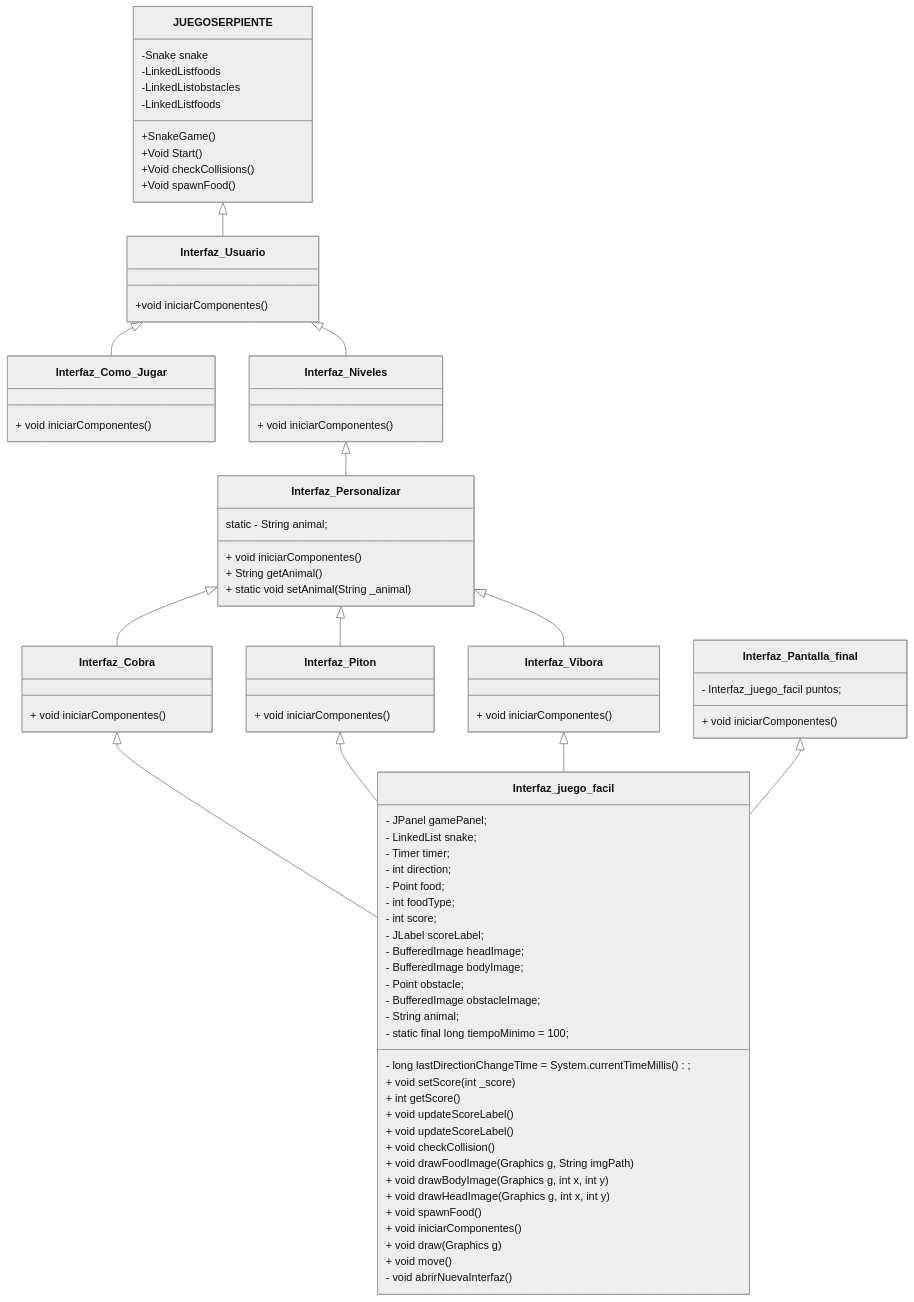
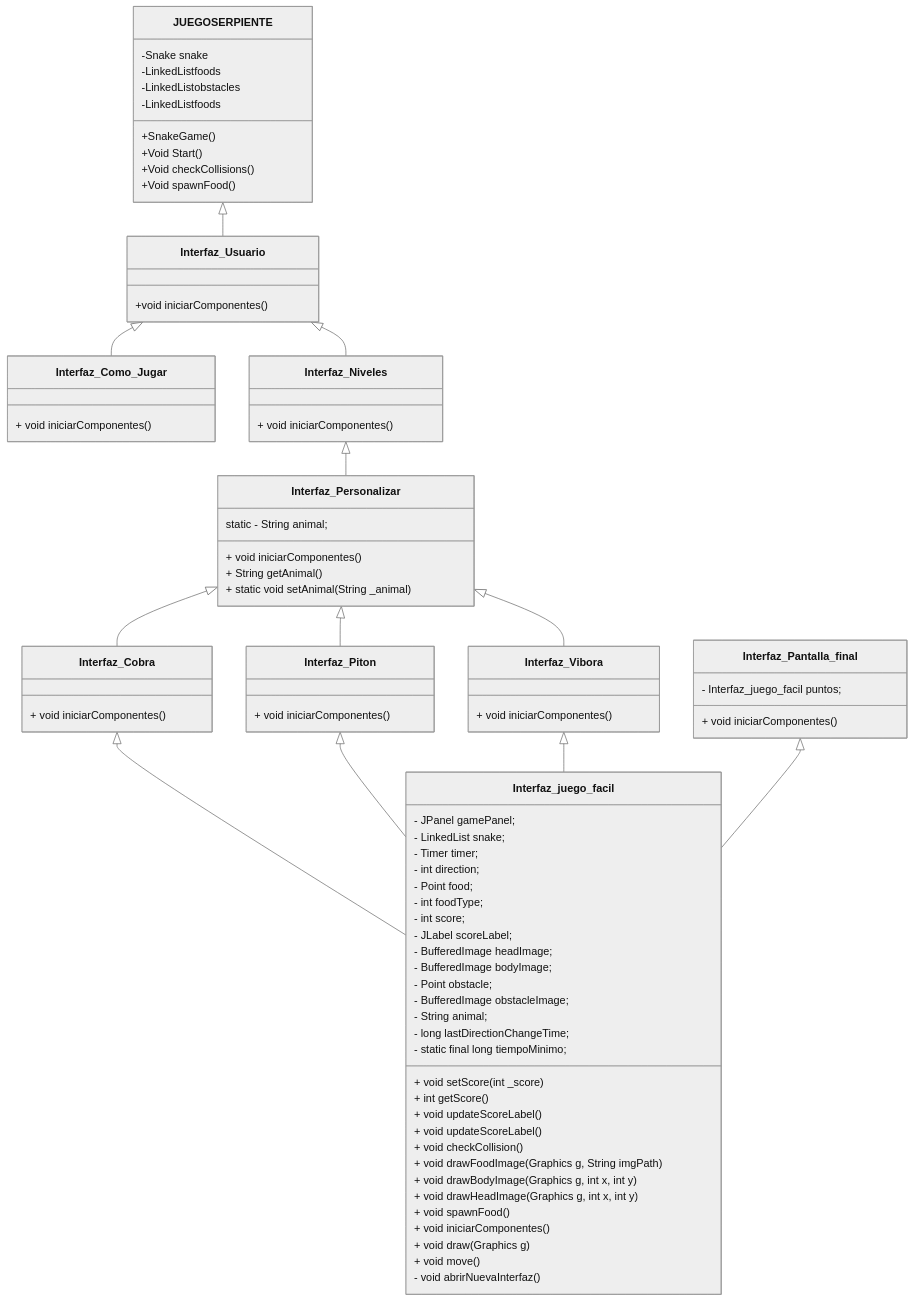
Before and after one commit to amingom/Juego-SnakeChallenge: the diagram in README.md, drawn with Mermaid (neutral theme).

```diff
--- a/README.md
+++ b/README.md
@@ -76,8 +76,8 @@
 	- Point obstacle;
 	- BufferedImage obstacleImage;
 	- String animal;
-    - long lastDirectionChangeTime = System.currentTimeMillis(); 
-	- static final long tiempoMinimo = 100;
+        - long lastDirectionChangeTime; 
+	- static final long tiempoMinimo;
 
 
 
```
